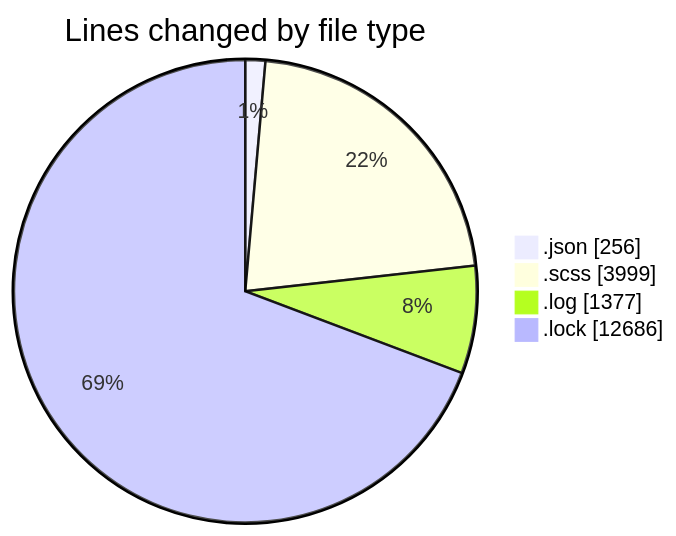
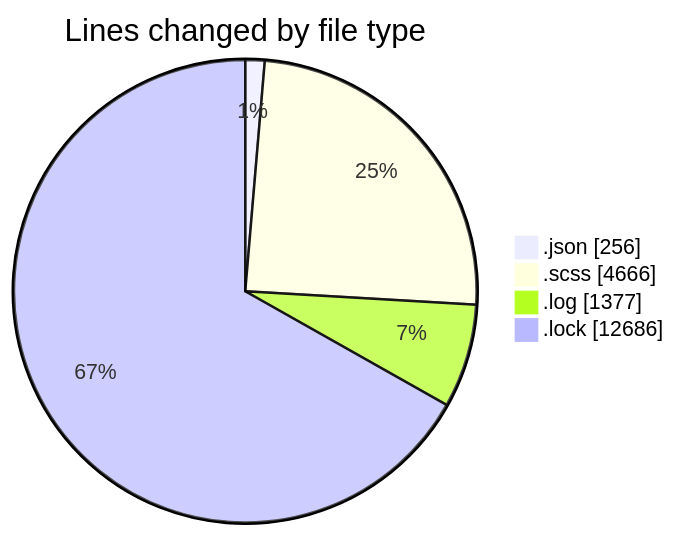
Before and after one commit to momahboobian/code-tracking: the first of 2 diagrams in 2026-01-22/cda/README.md, drawn with Mermaid. The commit also changed other lines of this file and 1 other file, not shown here.

````diff
--- a/2026-01-22/cda/README.md
+++ b/2026-01-22/cda/README.md
@@ -55,8 +60,8 @@
 ```mermaid
 pie showData
 title Lines changed by file type
 ".json" : 256
-".scss" : 3999
+".scss" : 4666
 ".log" : 1377
 ".lock" : 12686
 ```
````
